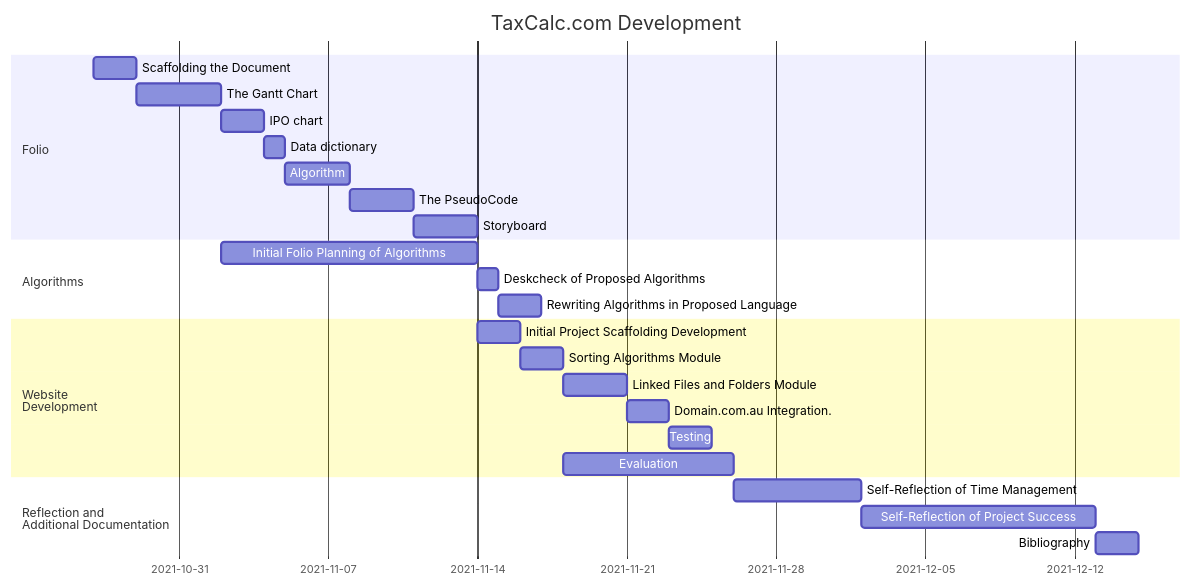
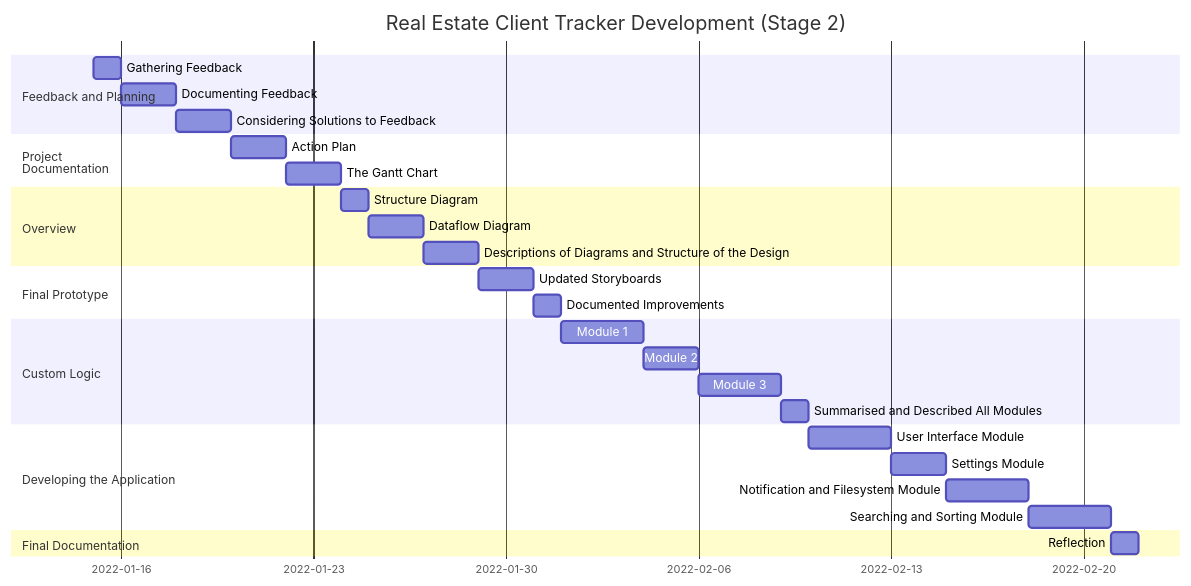
Before and after one commit to amydevs/property-client-manager: the diagram in docs/README.md, drawn with Mermaid. The commit also changed other lines of this file, not shown here.

Commit message:
updated gantt chart

````diff
--- a/docs/README.md
+++ b/docs/README.md
@@ -7,34 +7,39 @@
 ```mermaid
 gantt
     dateFormat  YYYY-MM-DD
-    title TaxCalc.com Development
+    title Real Estate Client Tracker Development (Stage 2)
     %% (`excludes` accepts specific dates in YYYY-MM-DD format, days of the week ("sunday") or "weekends", but not the word "weekdays".)
 	
-	section Folio
-	Scaffolding the Document:initalscaffolding, 2021-10-27, 2d
-    The Gantt Chart:initalplanning, after initalscaffolding, 4d
-    IPO chart: 2d
-    Data dictionary: 1d
-    Algorithm : 3d
-    The PseudoCode : 3d
-    Storyboard :3d
-	
-	section Algorithms
-	Initial Folio Planning of Algorithms :a1, after initalplanning, 12d
-	Deskcheck of Proposed Algorithms :a2, after a1, 1d
-    Rewriting Algorithms in Proposed Language : 2d
+	section Feedback and Planning
+	Gathering Feedback:initalscaffolding, 2022-01-15, 1d
+    Documenting Feedback:initalplanning, after initalscaffolding, 2d
+    Considering Solutions to Feedback: 2d
     
-    section Website<br>Development
-    Initial Project Scaffolding Development:after a1, 2d
-	
-    Sorting Algorithms Module : 2d
-    Linked Files and Folders Module : 3d
-    Domain.com.au Integration. : 2d
-    Testing : 2d
-    Evaluation : 2021-11-18, 2021-11-26
+	section Project<br>Documentation
+    Action Plan: 2d
+    The Gantt Chart: 2d
+
+	section Overview
+	Structure Diagram : 1d
+    Dataflow Diagram : 2d
+    Descriptions of Diagrams and Structure of the Design: 2d
     
-	section Reflection and<br>Additional Documentation
-	Self-Reflection of Time Management: 2021-11-26, 2021-12-02
-	Self-Reflection of Project Success: 2021-12-02, 2021-12-13
-	Bibliography: 2021-12-13, 2021-12-15
+    section Final Prototype
+	Updated Storyboards: 2d
+    Documented Improvements: 1d
+
+    section Custom Logic
+    Module 1: 3d
+    Module 2: 2d
+    Module 3: 3d
+    Summarised and Described All Modules: 1d
+
+    section Developing the Application
+    User Interface Module: 3d
+    Settings Module: 2d
+    Notification and Filesystem Module: 3d
+    Searching and Sorting Module: 3d
+
+    section Final Documentation
+    Reflection: 1d
 ```
````
